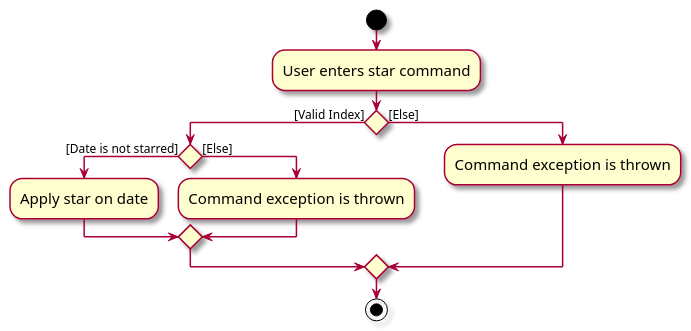
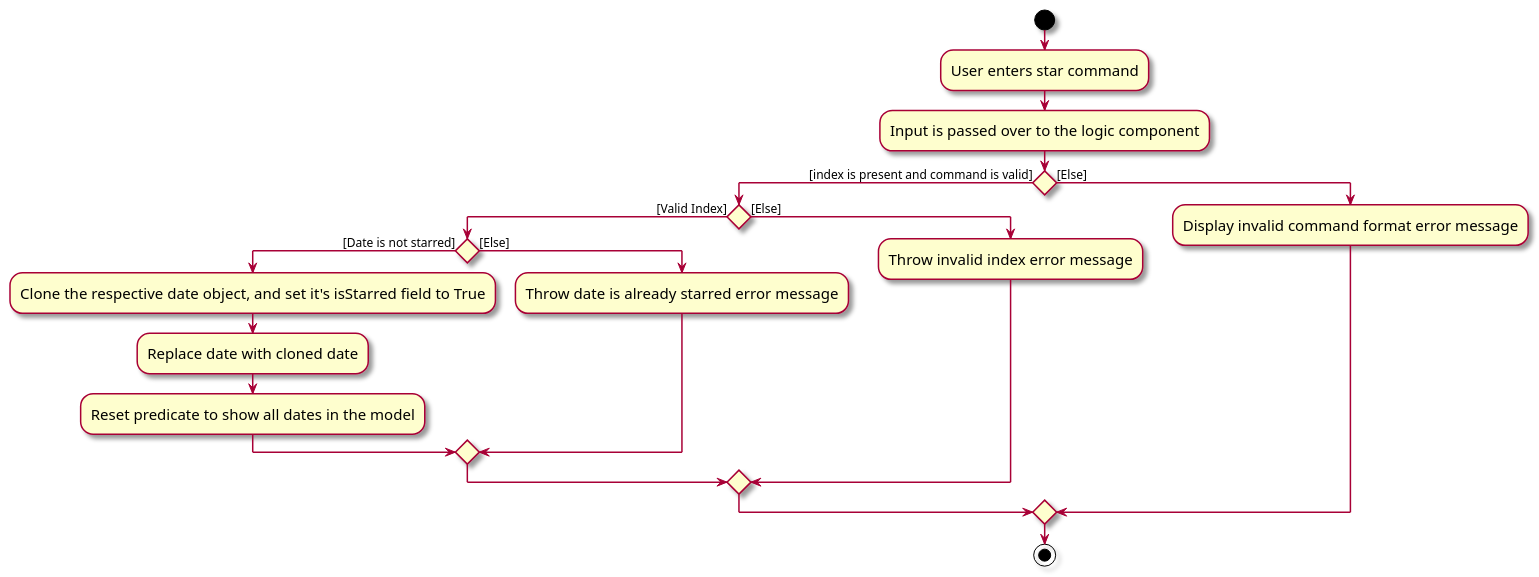
One commit to AY2324S1-CS2103T-F10-2/tp changed the diagram in diagrams/StarActivity.puml. Above: the diagram before and after it, drawn with PlantUML. The commit also changed 39 other files, not shown here.

```diff
--- a/diagrams/StarActivity.puml
+++ b/diagrams/StarActivity.puml
@@ -2,20 +1,29 @@
 @startuml
 skin rose
 skinparam ActivityFontSize 15
 skinparam ArrowFontSize 12
 
 start
 :User enters star command;
 
-if () then ([Valid Index])
-    if () then ([Date is not starred])
-        :Apply star on date;
+:Input is passed over to the logic component;
+if () then ([index is present and command is valid])
+    if () then ([Valid Index])
+        if () then ([Date is not starred])
+            :Clone the respective date object, and set it's isStarred field to True;
+
+            :Replace date with cloned date;
+
+            :Reset predicate to show all dates in the model;
+        else ([Else])
+            :Throw date is already starred error message;
+        endif
     else ([Else])
-        :Command exception is thrown;
+        :Throw invalid index error message;
     endif
 else ([Else])
-    :Command exception is thrown;
+    :Display invalid command format error message;
 endif
 
 stop
 @enduml
```
